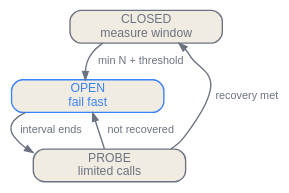
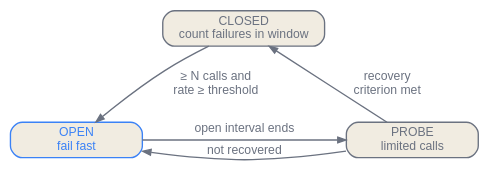
Before and after one commit to latere-ai/ai-as-an-infrastructure: the second of 2 diagrams in en/practice/10-reliability-nondeterministic.qmd, drawn with Graphviz. The commit also changed other lines of this file and 5 other files, not shown here.

````diff
--- a/en/practice/10-reliability-nondeterministic.qmd
+++ b/en/practice/10-reliability-nondeterministic.qmd
@@ -367,19 +347,19 @@
 ```{dot}
 //| label: fig-reliability-breaker
 //| fig-cap: "A circuit breaker limits calls to a failing dependency. Its transition policy includes a window and minimum sample, a bounded open interval, limited probes, and an explicit recovery criterion."
 digraph breaker {
   bgcolor="transparent";
-  size="3.0,8.0";
   rankdir=TB;
-  nodesep=0.18; ranksep=0.25;
-  node [shape=box, style="rounded,filled", fontname="Helvetica", fontsize=9, color="#6b7280", fontcolor="#6b7280", fillcolor="#f1ece1", width=1.55, height=0.34, margin="0.05,0.03"];
-  edge [fontname="Helvetica", fontsize=8, color="#6b7280", fontcolor="#6b7280", arrowsize=0.6];
-  closed [label="CLOSED\nmeasure window"];
+  nodesep=0.9; ranksep=0.5;
+  node [shape=box, style="rounded,filled", fontname="Helvetica", fontsize=9, color="#6b7280", fontcolor="#6b7280", fillcolor="#f1ece1", width=1.35, height=0.36, margin="0.06,0.04"];
+  edge [fontname="Helvetica", fontsize=9, color="#6b7280", fontcolor="#6b7280", arrowsize=0.6];
+  closed [label="CLOSED\ncount failures in window"];
   open [label="OPEN\nfail fast", color="#3b82f6", fontcolor="#3b82f6"];
   probe [label="PROBE\nlimited calls"];
-  closed -> open [label="min N + threshold"];
-  open -> probe [label="interval ends"];
-  probe -> closed [label="recovery met"];
+  {rank=same; open; probe}
+  closed -> open [label="≥ N calls and\nrate ≥ threshold"];
+  open -> probe [label="open interval ends"];
   probe -> open [label="not recovered"];
+  probe -> closed [label="recovery\ncriterion met"];
 }
 ```
````
